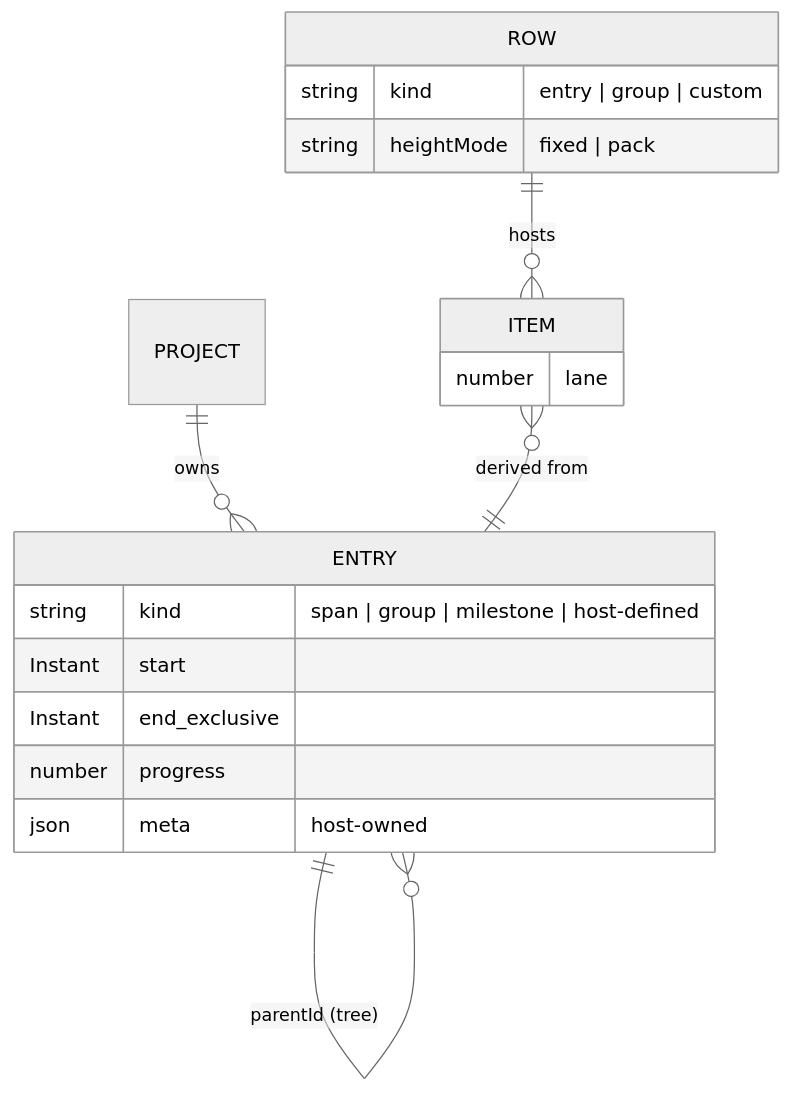
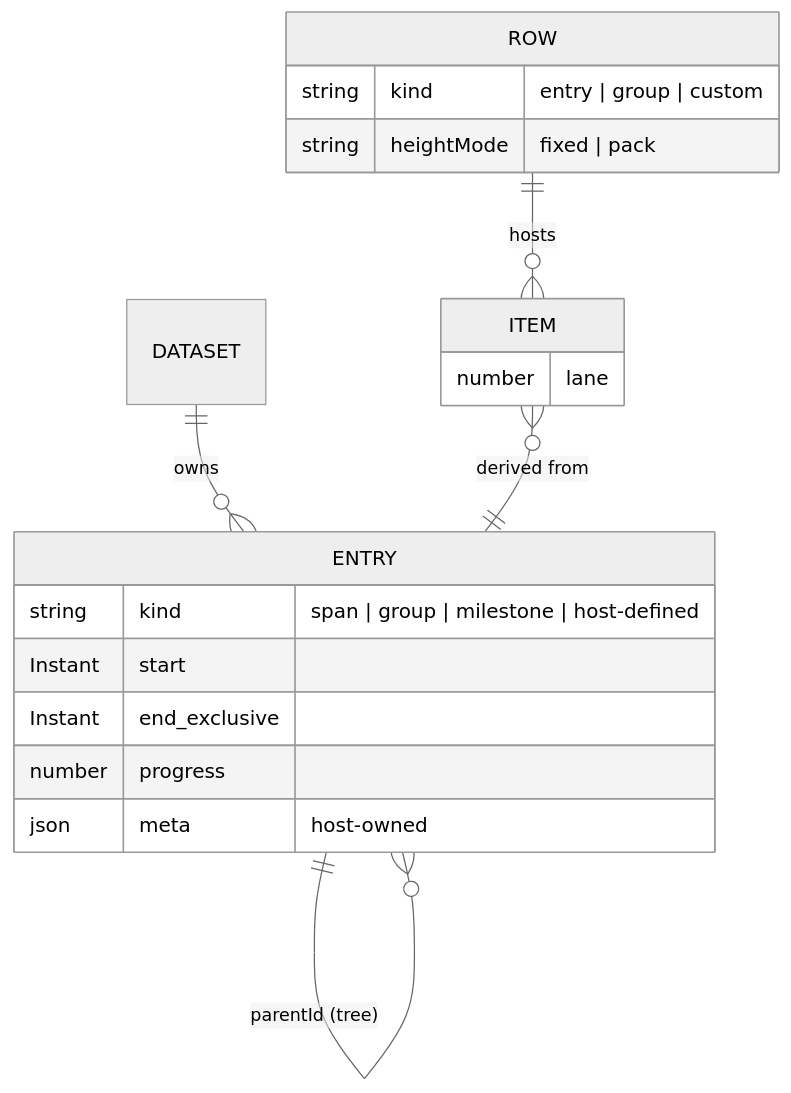
Before and after one commit to freegantt/freegantt: the third of 6 diagrams in plans/01-domain-architecture.md, drawn with Mermaid (neutral theme). The commit also changed other lines of this file and 27 other files, not shown here.

````diff
--- a/plans/01-domain-architecture.md
+++ b/plans/01-domain-architecture.md
@@ -171,23 +171,23 @@
 ```mermaid
 erDiagram
-  PROJECT ||--o{ ENTRY : owns
+  DATASET ||--o{ ENTRY : owns
   ENTRY ||--o{ ENTRY : "parentId (tree)"
 
   ROW ||--o{ ITEM : hosts
   ITEM }o--|| ENTRY : "derived from"
 
   ENTRY {
     string kind "span | group | milestone | host-defined"
     Instant start
     Instant end_exclusive
     number progress
     json meta "host-owned"
   }
   ROW {
     string kind "entry | group | custom"
     string heightMode "fixed | pack"
   }
   ITEM {
     number lane
   }
 ```
````
